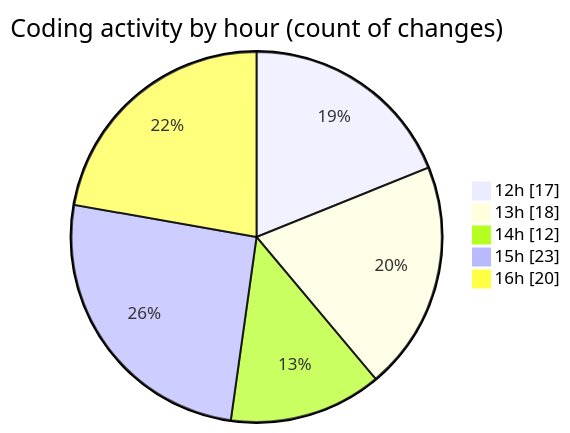
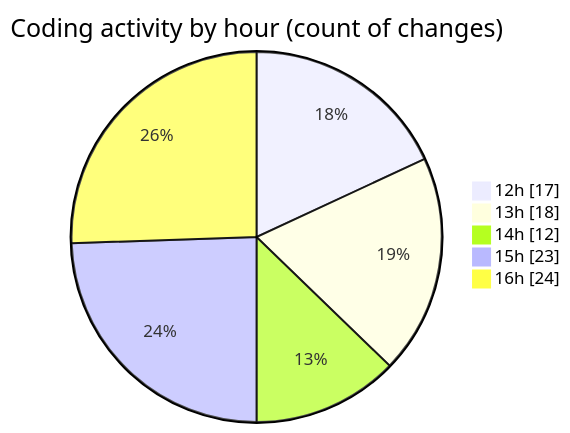
One commit to CELIANVF/code-tracking changed the second of 2 diagrams in 2025-06-01/video_app/README.md. Above: the diagram before and after it, drawn with Mermaid. The commit also changed other lines of this file and 1 other file, not shown here.

````diff
--- a/2025-06-01/video_app/README.md
+++ b/2025-06-01/video_app/README.md
@@ -38,9 +38,9 @@
 ```mermaid
 pie showData
 title Coding activity by hour (count of changes)
 "12h" : 17
 "13h" : 18
 "14h" : 12
 "15h" : 23
-"16h" : 20
+"16h" : 24
 ```
````
